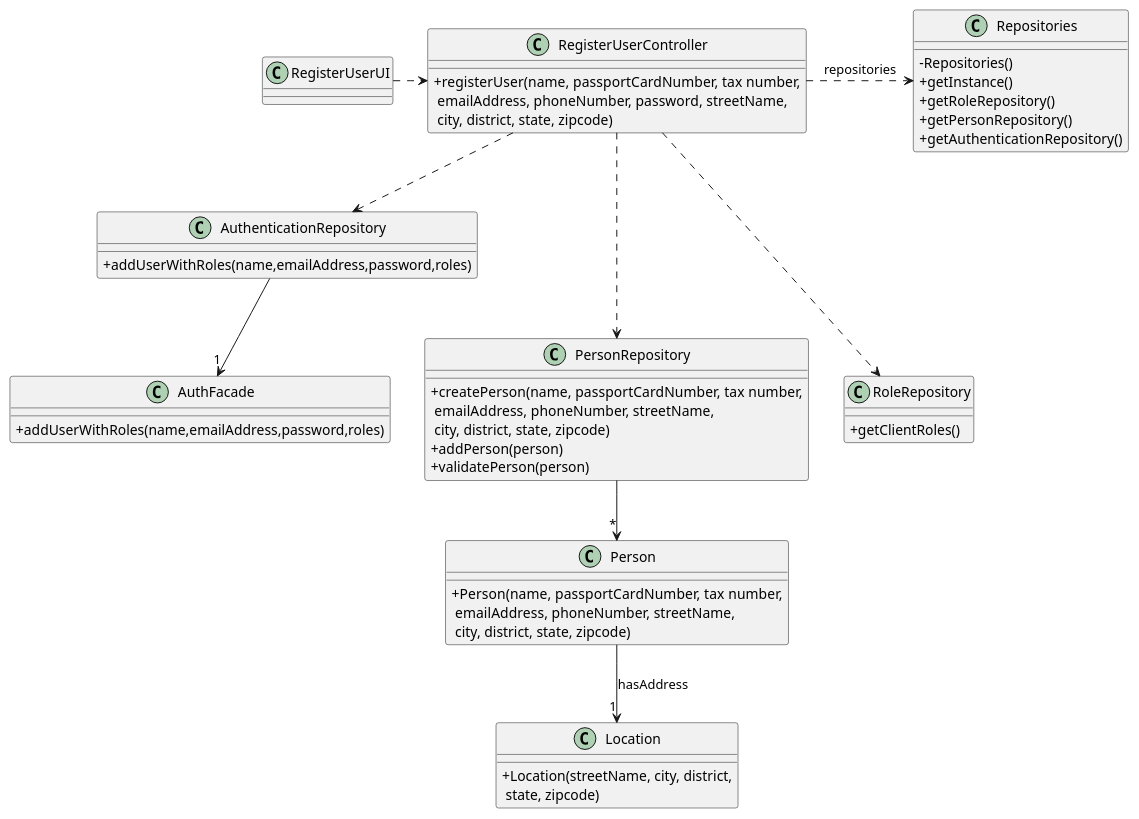
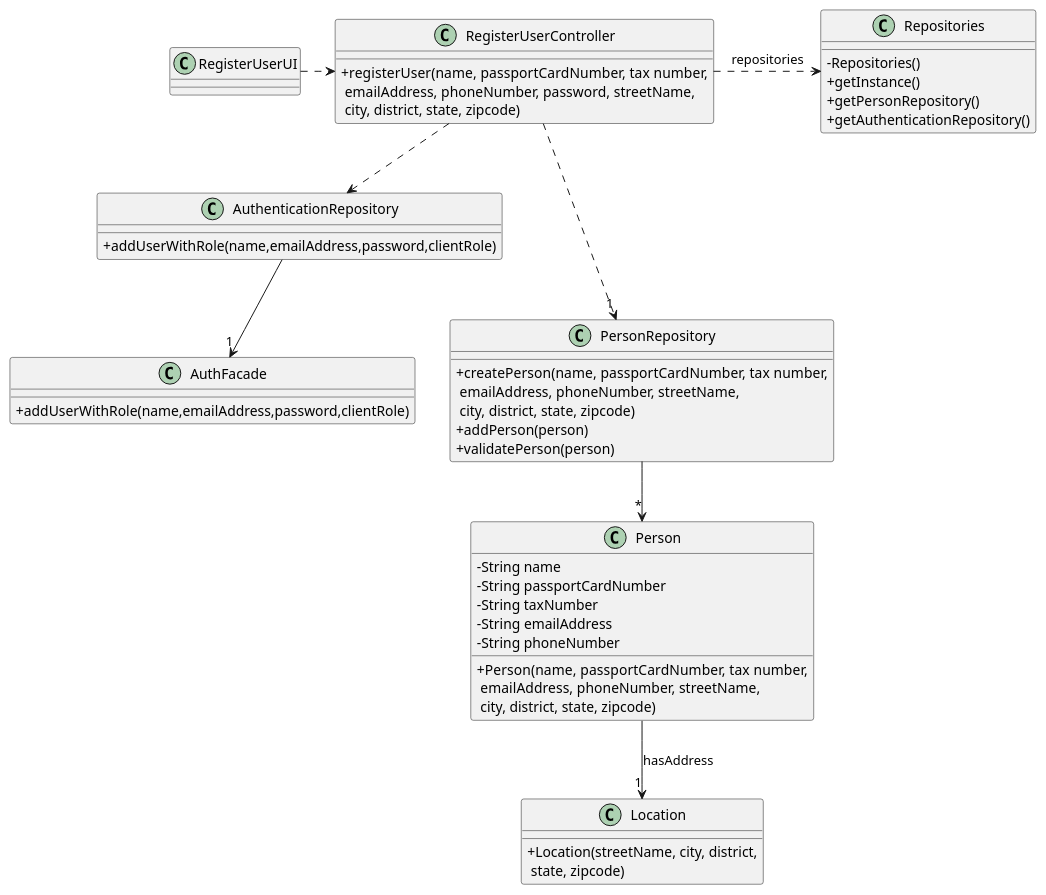
The diagram in docs/sprintB/us007/03.design/puml/us007-class-diagram.puml (rita-barbosa/LAPR2-2223), drawn with PlantUML before and after one commit. The commit also changed 1 other file, not shown here.

Commit message:
Update of class and sequence diagram [US007][Design]

```diff
--- a/docs/sprintB/us007/03.design/puml/us007-class-diagram.puml
+++ b/docs/sprintB/us007/03.design/puml/us007-class-diagram.puml
@@ -1,63 +1,64 @@
 @startuml
 'skinparam monochrome true
 skinparam packageStyle rectangle
 skinparam shadowing false
 skinparam linetype polyline
 'skinparam linetype orto
 
 skinparam classAttributeIconSize 0
 
 class RegisterUserUI
 {
 
 }
 class RegisterUserController
 {
 + registerUser(name, passportCardNumber, tax number,\n emailAddress, phoneNumber, password, streetName,\n city, district, state, zipcode)
 }
 class AuthenticationRepository
 {
-+ addUserWithRoles(name,emailAddress,password,roles)
++ addUserWithRole(name,emailAddress,password,clientRole)
 }
 class Person
 {
+-String name
+-String passportCardNumber
+-String taxNumber
+-String emailAddress
+-String phoneNumber
+
 + Person(name, passportCardNumber, tax number,\n emailAddress, phoneNumber, streetName,\n city, district, state, zipcode)
 
 }
 class PersonRepository
 {
 + createPerson(name, passportCardNumber, tax number,\n emailAddress, phoneNumber, streetName,\n city, district, state, zipcode)
 + addPerson(person)
 + validatePerson(person)
 }
 class AuthFacade
 {
-+ addUserWithRoles(name,emailAddress,password,roles)
++ addUserWithRole(name,emailAddress,password,clientRole)
 }
 class Repositories
 {
  - Repositories()
  + getInstance()
- + getRoleRepository()
  + getPersonRepository()
  + getAuthenticationRepository()
 }
 class Location
 {
 + Location(streetName, city, district,\n state, zipcode)
 }
-class RoleRepository
-{
-+ getClientRoles()
-}
+
 
 RegisterUserUI .> RegisterUserController
 RegisterUserController .> Repositories : repositories
-RegisterUserController .--> PersonRepository
-RegisterUserController .--> RoleRepository
+RegisterUserController .--> "1" PersonRepository
 RegisterUserController .-> AuthenticationRepository
 
 PersonRepository  --> "*" Person
 Person --> "1" Location : hasAddress
 AuthenticationRepository --> "1" AuthFacade
 @enduml
```
